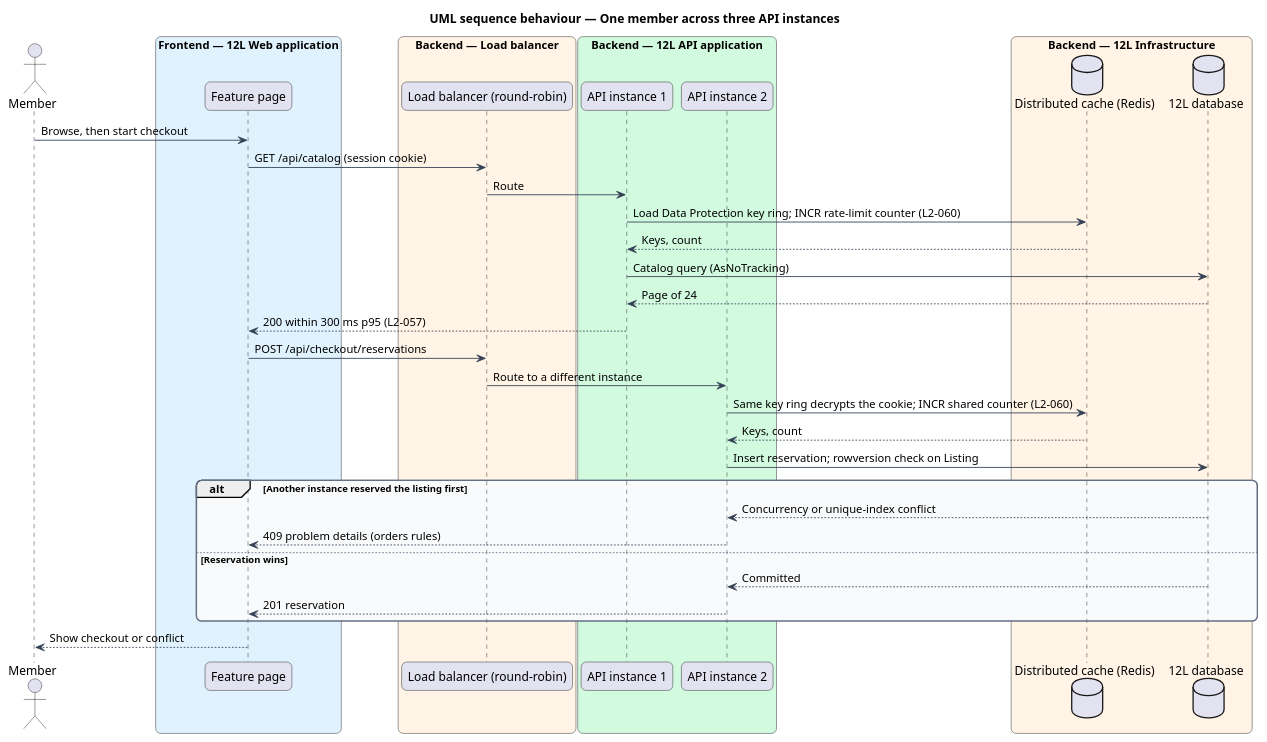
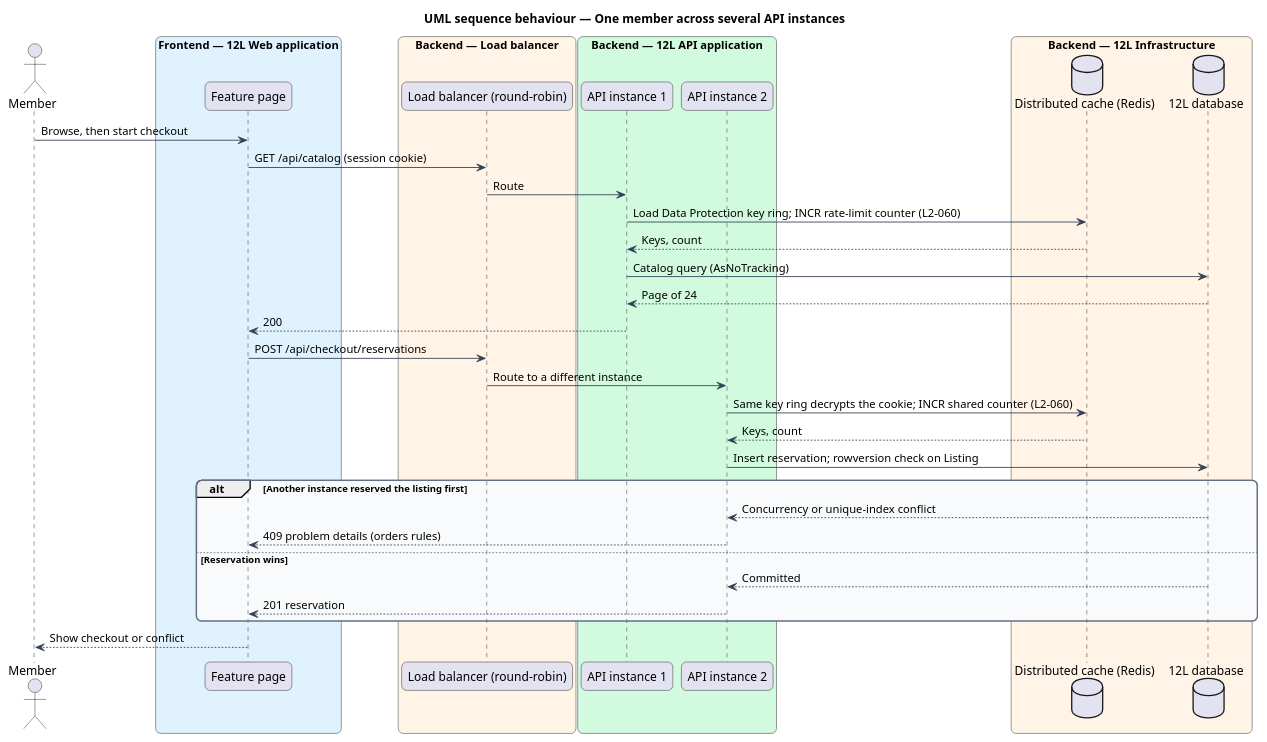
One commit to QuinntyneBrown/12l changed the diagram in docs/detailed-designs/platform/meet-performance-and-scale/diagrams/sequence-request-across-instances.puml. Above: the diagram before and after it, drawn with PlantUML. The commit also changed 379 other files, not shown here.

```diff
--- a/docs/detailed-designs/platform/meet-performance-and-scale/diagrams/sequence-request-across-instances.puml
+++ b/docs/detailed-designs/platform/meet-performance-and-scale/diagrams/sequence-request-across-instances.puml
@@ -1,53 +1,53 @@
 @startuml
-title UML sequence behaviour — One member across three API instances
+title UML sequence behaviour — One member across several API instances
 skinparam backgroundColor #FFFFFF
 skinparam shadowing false
 skinparam roundcorner 12
 skinparam defaultFontName Arial
 skinparam ArrowColor #344054
 skinparam rectangle {
   BorderColor #344054
   FontColor #101828
 }
 skinparam package {
   BorderColor #667085
   FontColor #101828
   BackgroundColor #F9FAFB
 }
 actor "Member" as actor
 box "Frontend — 12L Web application" #E0F2FE
   participant "Feature page" as page
 end box
 box "Backend — Load balancer" #FFF4E5
   participant "Load balancer (round-robin)" as lb
 end box
 box "Backend — 12L API application" #D1FADF
   participant "API instance 1" as a1
   participant "API instance 2" as a2
 end box
 box "Backend — 12L Infrastructure" #FFF4E5
   database "Distributed cache (Redis)" as redis
   database "12L database" as db
 end box
 actor -> page : Browse, then start checkout
 page -> lb : GET /api/catalog (session cookie)
 lb -> a1 : Route
 a1 -> redis : Load Data Protection key ring; INCR rate-limit counter (L2-060)
 redis --> a1 : Keys, count
 a1 -> db : Catalog query (AsNoTracking)
 db --> a1 : Page of 24
-a1 --> page : 200 within 300 ms p95 (L2-057)
+a1 --> page : 200
 page -> lb : POST /api/checkout/reservations
 lb -> a2 : Route to a different instance
 a2 -> redis : Same key ring decrypts the cookie; INCR shared counter (L2-060)
 redis --> a2 : Keys, count
 a2 -> db : Insert reservation; rowversion check on Listing
 alt Another instance reserved the listing first
   db --> a2 : Concurrency or unique-index conflict
   a2 --> page : 409 problem details (orders rules)
 else Reservation wins
   db --> a2 : Committed
   a2 --> page : 201 reservation
 end
 page --> actor : Show checkout or conflict
 @enduml
```
